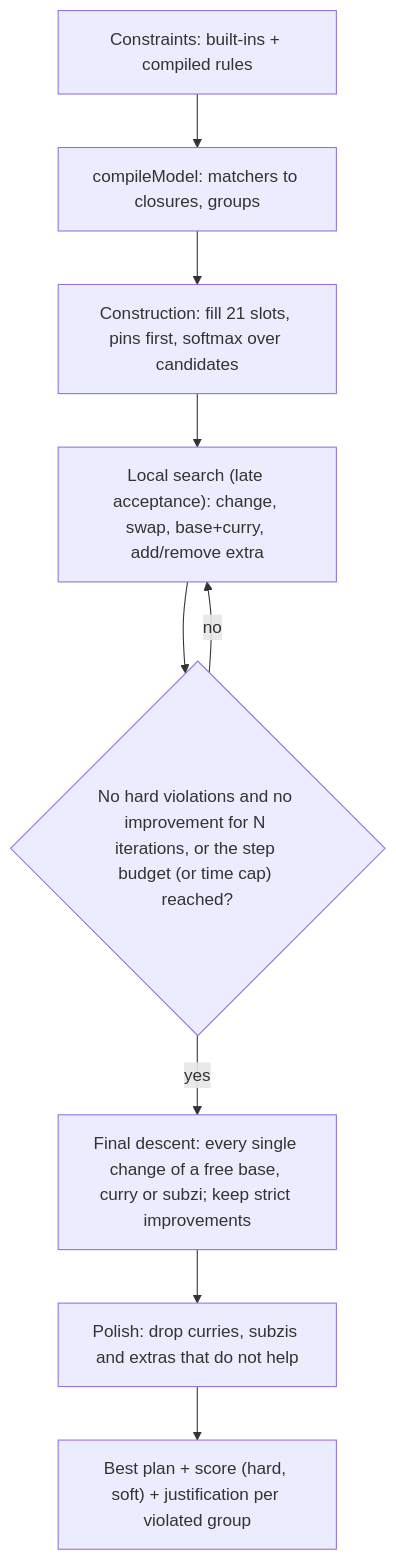
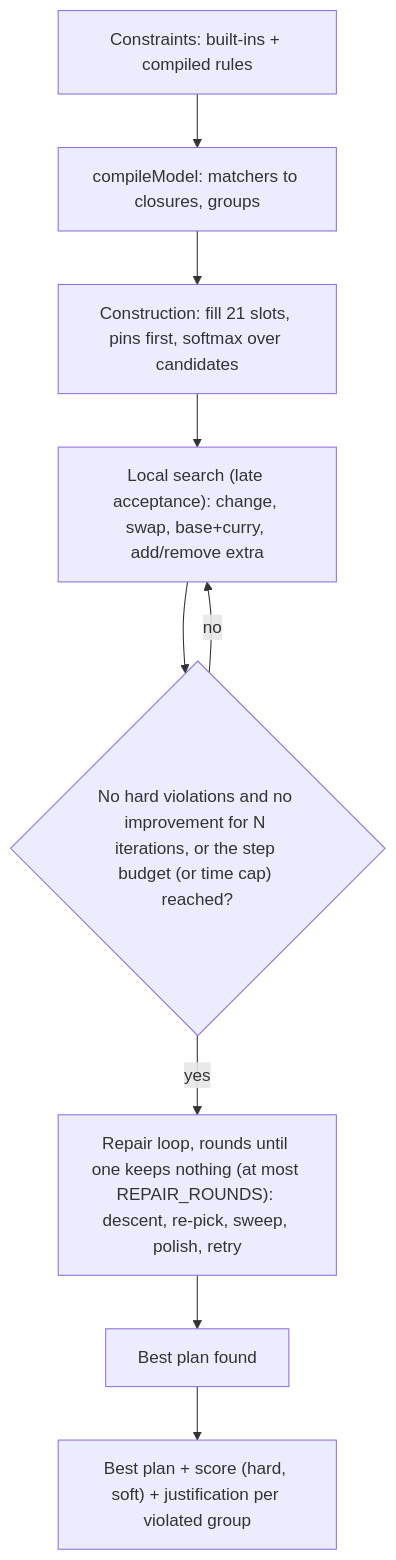
The second of 2 diagrams in docs/architecture.md (shriah/meal-planner), drawn with Mermaid before and after one commit. The commit also changed 1 other file, not shown here.

Commit message:
docs(planner): the repair loop

````diff
--- a/docs/architecture.md
+++ b/docs/architecture.md
@@ -163,11 +163,11 @@
 ```mermaid
 flowchart TD
     A["Constraints: built-ins + compiled rules"] --> B["compileModel: matchers to closures, groups"]
     B --> C["Construction: fill 21 slots, pins first, softmax over candidates"]
     C --> D["Local search (late acceptance): change, swap, base+curry, add/remove extra"]
     D --> E{"No hard violations and no improvement for N iterations, or the step budget (or time cap) reached?"}
     E -->|no| D
-    E -->|yes| H["Final descent: every single change of a free base, curry or subzi; keep strict improvements"]
-    H --> F["Polish: drop curries, subzis and extras that do not help"]
+    E -->|yes| H["Repair loop, rounds until one keeps nothing (at most REPAIR_ROUNDS): descent, re-pick, sweep, polish, retry"]
+    H --> F["Best plan found"]
     F --> G["Best plan + score (hard, soft) + justification per violated group"]
 ```
````
